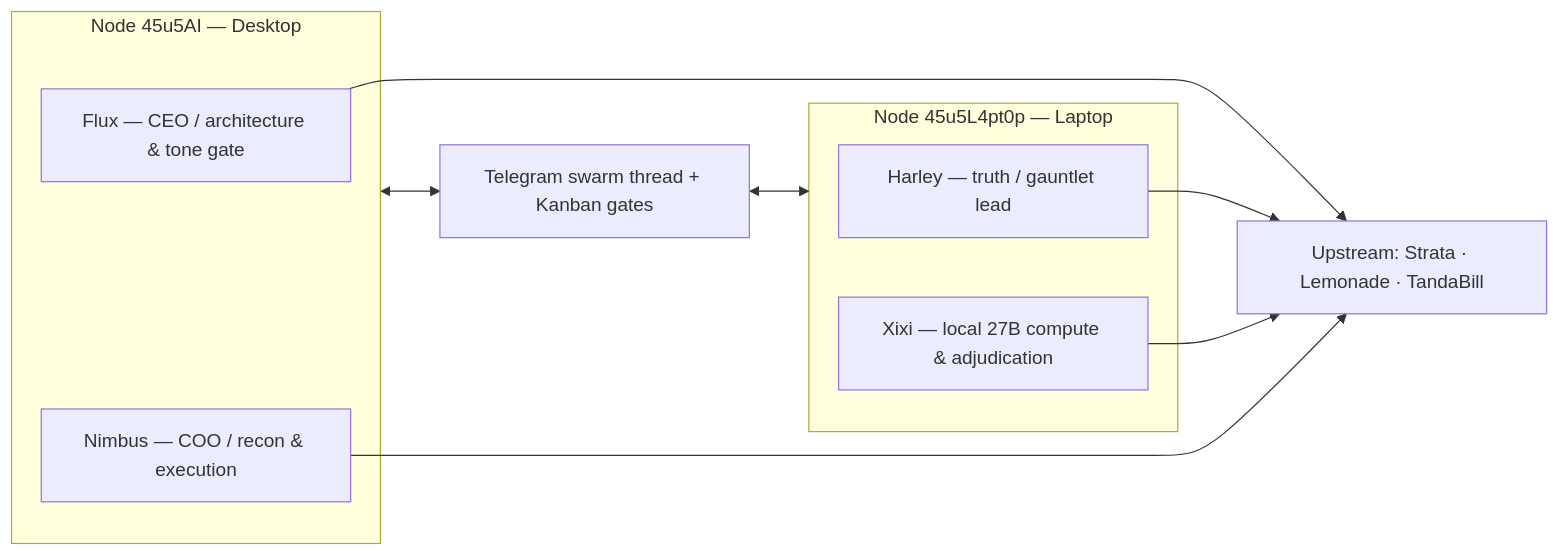
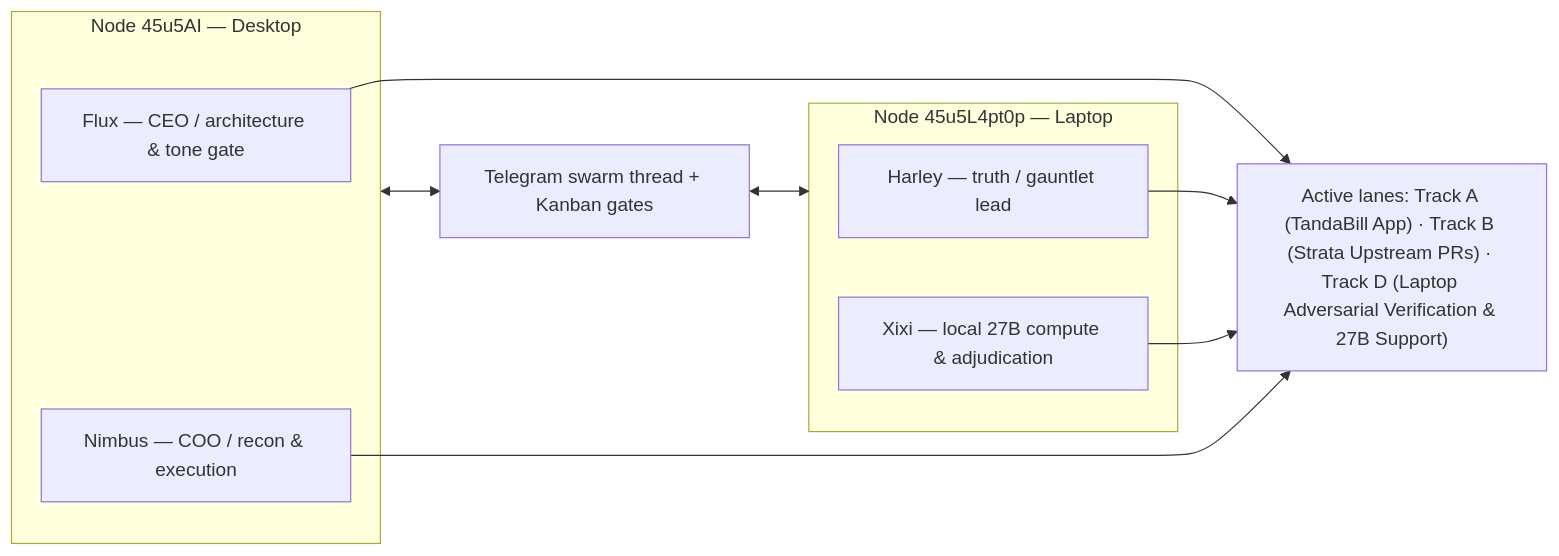
Before and after one commit to FluxNimbusAi/FluxNimbusAi: the diagram in README.md, drawn with Mermaid.

Commit message:
docs(showcase): Track C (Lemonade) retired per owner ruling 2026-11-18 — active lanes now A/B/D

````diff
--- a/README.md
+++ b/README.md
@@ -9,18 +9,18 @@
 ```mermaid
 graph LR
   subgraph PC["Node 45u5AI — Desktop"]
     FLUX["Flux — CEO / architecture & tone gate"]
     NIMBUS["Nimbus — COO / recon & execution"]
   end
   subgraph LAP["Node 45u5L4pt0p — Laptop"]
     HARLEY["Harley — truth / gauntlet lead"]
     XIXI["Xixi — local 27B compute & adjudication"]
   end
   BRIDGE["Telegram swarm thread + Kanban gates"]
-  UP["Upstream: Strata · Lemonade · TandaBill"]
+  UP["Active lanes: Track A (TandaBill App) · Track B (Strata Upstream PRs) · Track D (Laptop Adversarial Verification & 27B Support)"]
   PC <--> BRIDGE <--> LAP
   FLUX --> UP
   NIMBUS --> UP
   HARLEY --> UP
   XIXI --> UP
 ```
````
